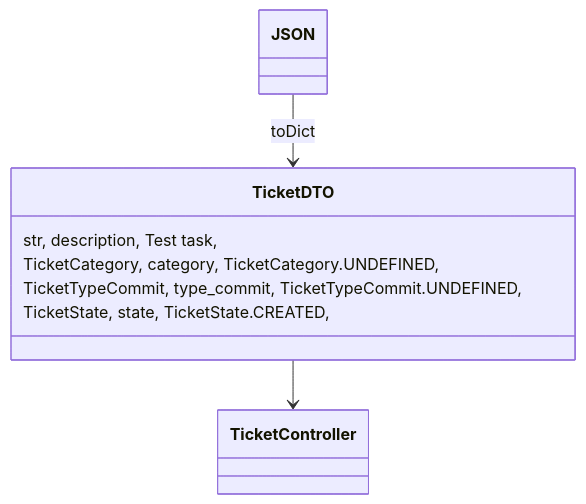
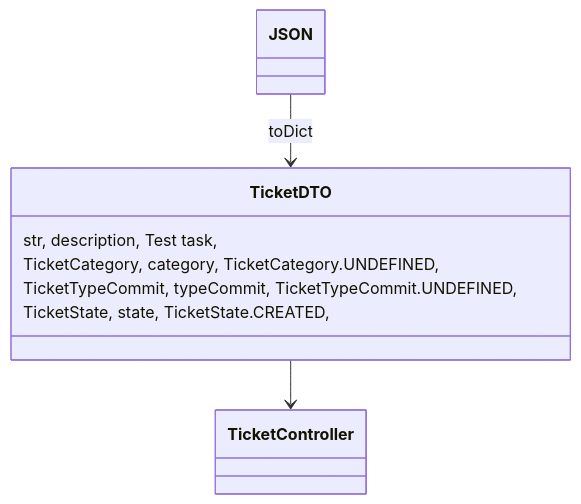
Before and after one commit to pat-devcorp/DocApi: the diagram in docs/flow.md, drawn with Mermaid. The commit also changed 12 other files, not shown here.

````diff
--- a/docs/flow.md
+++ b/docs/flow.md
@@ -1,11 +1,11 @@
 ```mermaid
 classDiagram
 JSON --> TicketDTO :toDict
 TicketDTO --> TicketController
 class TicketDTO{
     str, description, Test task,
     TicketCategory, category, TicketCategory.UNDEFINED,
-    TicketTypeCommit, type_commit, TicketTypeCommit.UNDEFINED,
+    TicketTypeCommit, typeCommit, TicketTypeCommit.UNDEFINED,
     TicketState, state, TicketState.CREATED,
 }
 ```
````
